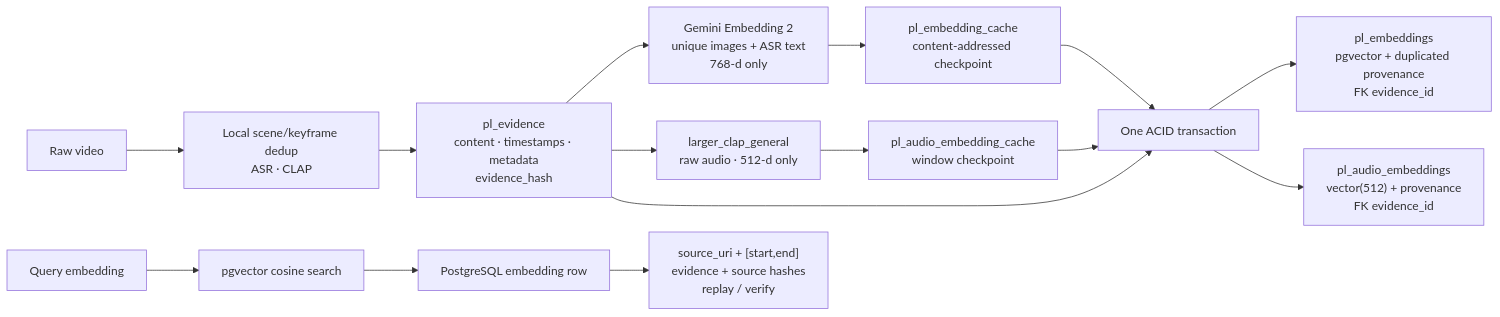
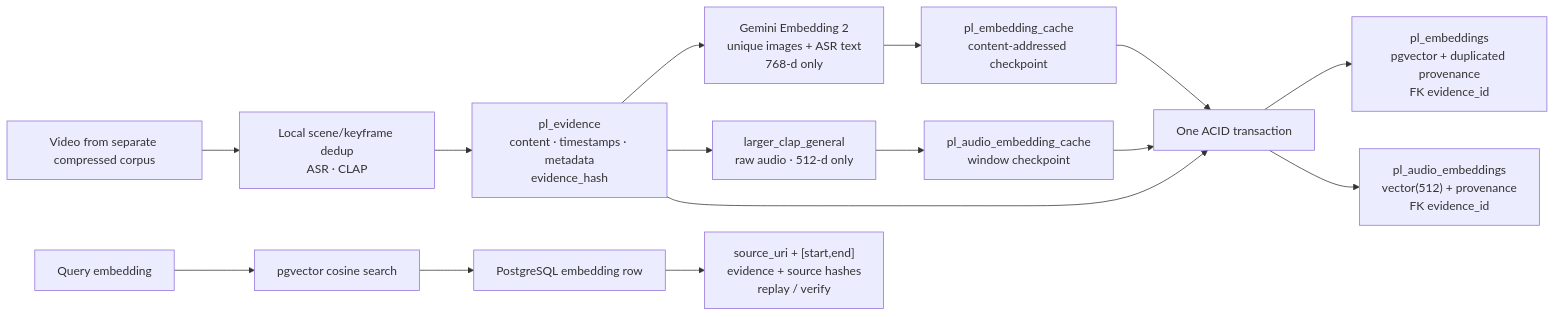
The second of 2 diagrams in README.md (giaphoang/PatrolLens), drawn with Mermaid before and after one commit. The commit also changed other lines of this file and 7 other files, not shown here.

````diff
--- a/README.md
+++ b/README.md
@@ -218,17 +234,17 @@
 ```mermaid
 flowchart LR
-    RAW["Raw video"] --> LOCAL["Local scene/keyframe dedup\nASR · CLAP"]
+    C480["Video from separate compressed corpus"] --> LOCAL["Local scene/keyframe dedup\nASR · CLAP"]
     LOCAL --> E["pl_evidence\ncontent · timestamps · metadata\nevidence_hash"]
     E --> GE["Gemini Embedding 2\nunique images + ASR text\n768-d only"]
     E --> CE["larger_clap_general\nraw audio · 512-d only"]
     GE --> CACHE["pl_embedding_cache\ncontent-addressed checkpoint"]
     CE --> ACACHE["pl_audio_embedding_cache\nwindow checkpoint"]
     E --> TX["One ACID transaction"]
     CACHE --> TX
     ACACHE --> TX
     TX --> V["pl_embeddings\npgvector + duplicated provenance\nFK evidence_id"]
     TX --> AV["pl_audio_embeddings\nvector(512) + provenance\nFK evidence_id"]
     Q["Query embedding"] --> PG["pgvector cosine search"]
     PG --> ROW["PostgreSQL embedding row"]
     ROW --> REPLAY["source_uri + [start,end]\nevidence + source hashes\nreplay / verify"]
 ```
````
